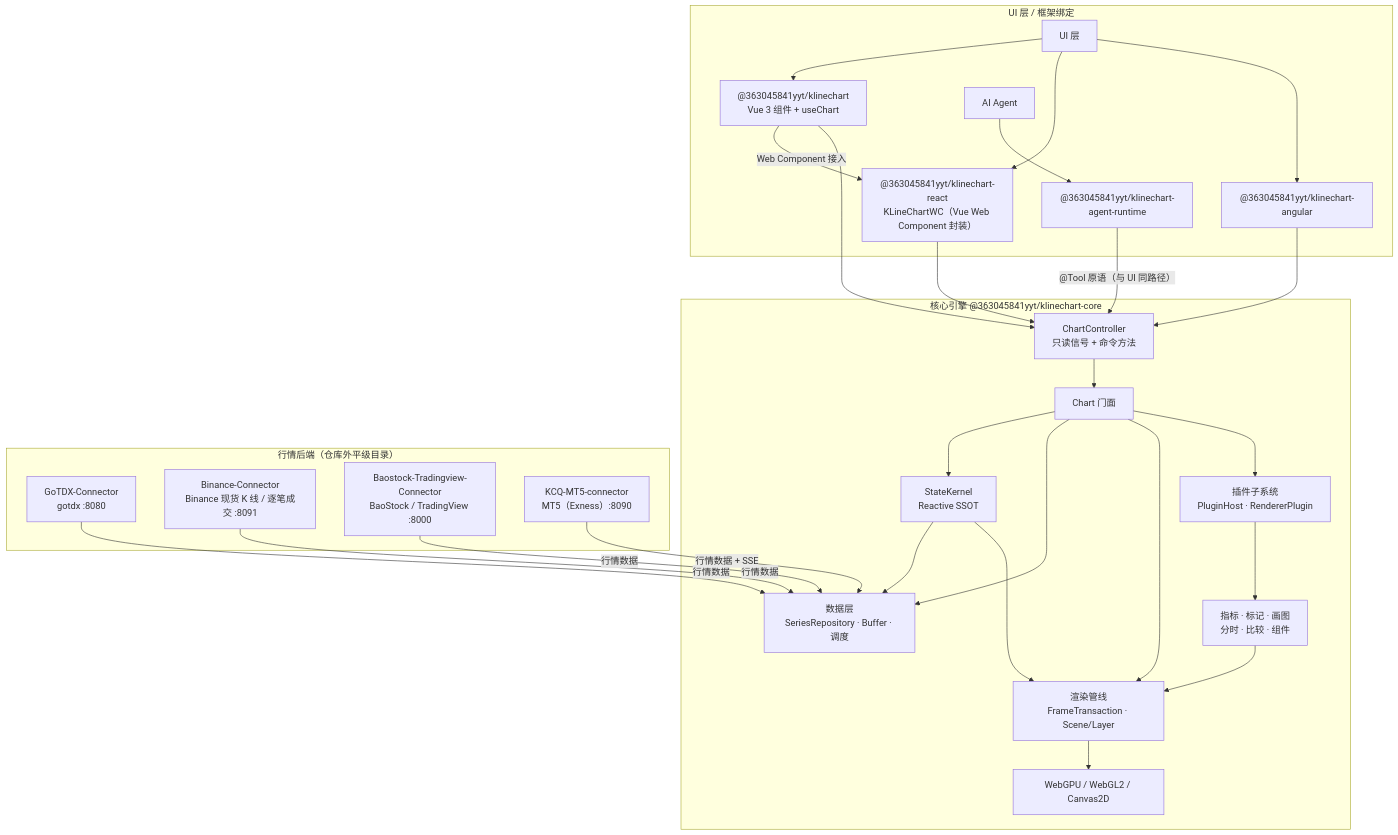
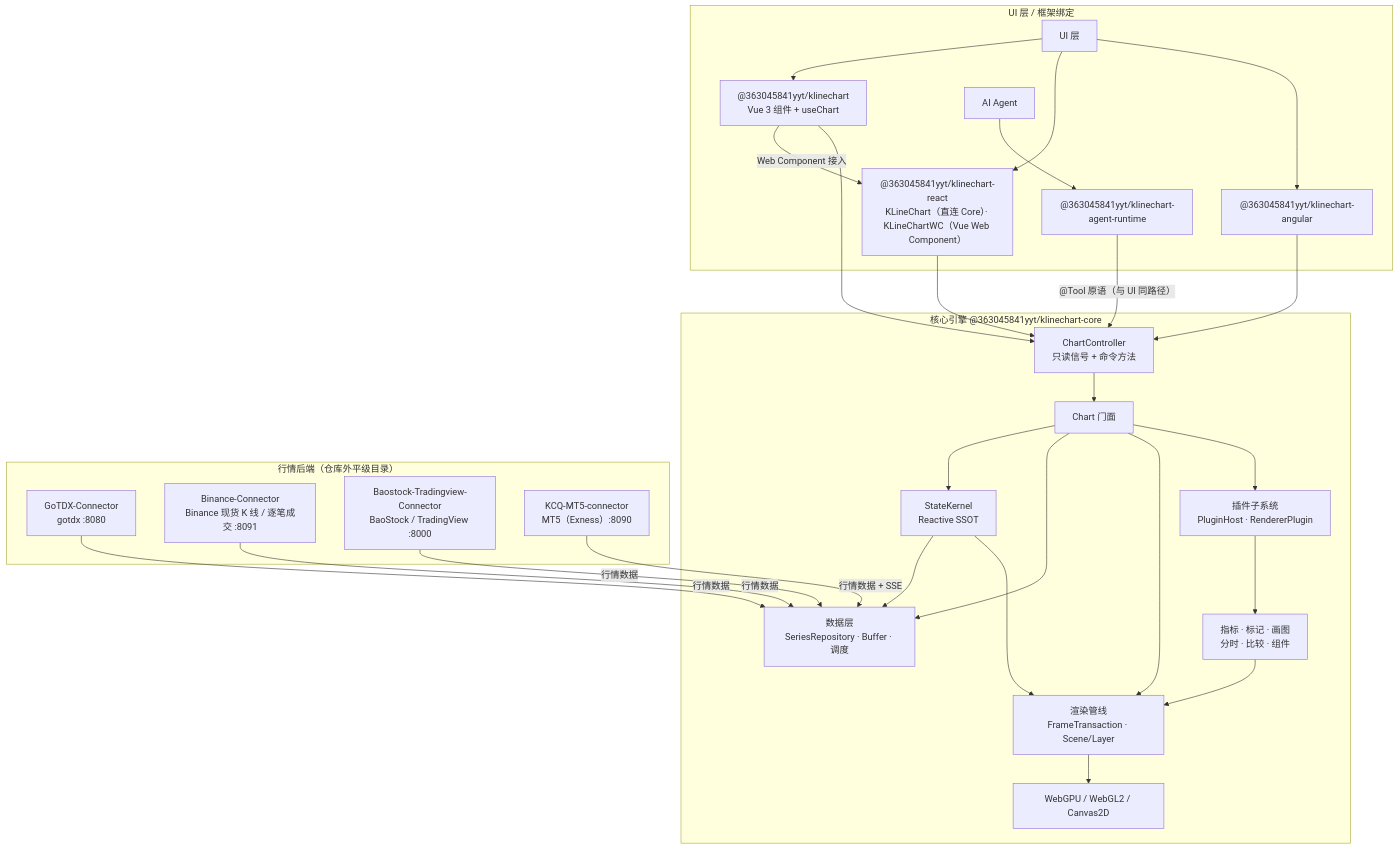
Before and after one commit to 363045841/KLineChartQuant: the diagram in README_CN.md, drawn with Mermaid. The commit also changed other lines of this file and 307 other files, not shown here.

````diff
--- a/README_CN.md
+++ b/README_CN.md
@@ -75,53 +75,53 @@
 ```mermaid
 flowchart TB
     subgraph app["UI 层 / 框架绑定"]
         UI["UI 层"]
         VuePkg["@363045841yyt/klinechart<br/>Vue 3 组件 + useChart"]
-        ReactPkg["@363045841yyt/klinechart-react<br/>KLineChartWC（Vue Web Component 封装）"]
+        ReactPkg["@363045841yyt/klinechart-react<br/>KLineChart（直连 Core）· KLineChartWC（Vue Web Component）"]
         AngularPkg["@363045841yyt/klinechart-angular"]
         Agent["AI Agent"]
         AgentRt["@363045841yyt/klinechart-agent-runtime"]
     end
 
     subgraph core["核心引擎 @363045841yyt/klinechart-core"]
         Ctl["ChartController<br/>只读信号 + 命令方法"]
         Chart["Chart 门面"]
         Kernel["StateKernel<br/>Reactive SSOT"]
         Data["数据层<br/>SeriesRepository · Buffer · 调度"]
         Pipe["渲染管线<br/>FrameTransaction · Scene/Layer"]
         GPU["WebGPU / WebGL2 / Canvas2D"]
         Plugin["插件子系统<br/>PluginHost · RendererPlugin"]
         Biz["指标 · 标记 · 画图<br/>分时 · 比较 · 组件"]
     end
 
     subgraph conn["行情后端（仓库外平级目录）"]
         Go["GoTDX-Connector<br/>gotdx :8080"]
         Bn["Binance-Connector<br/>Binance 现货 K 线 / 逐笔成交 :8091"]
         Bs["Baostock-Tradingview-Connector<br/>BaoStock / TradingView :8000"]
         Mt["KCQ-MT5-connector<br/>MT5（Exness）:8090"]
     end
 
     UI --> VuePkg
     UI --> ReactPkg
     UI --> AngularPkg
     VuePkg -->|"Web Component 接入"| ReactPkg
     Agent --> AgentRt
     VuePkg --> Ctl
     ReactPkg --> Ctl
     AngularPkg --> Ctl
     AgentRt -->|"@Tool 原语（与 UI 同路径）"| Ctl
     Ctl --> Chart
     Chart --> Kernel
     Chart --> Data
     Chart --> Pipe
     Chart --> Plugin
     Plugin --> Biz
     Biz --> Pipe
     Pipe --> GPU
     Go -->|行情数据| Data
     Bn -->|行情数据| Data
     Bs -->|行情数据| Data
     Mt -->|"行情数据 + SSE"| Data
     Kernel --> Data
     Kernel --> Pipe
 ```
````
